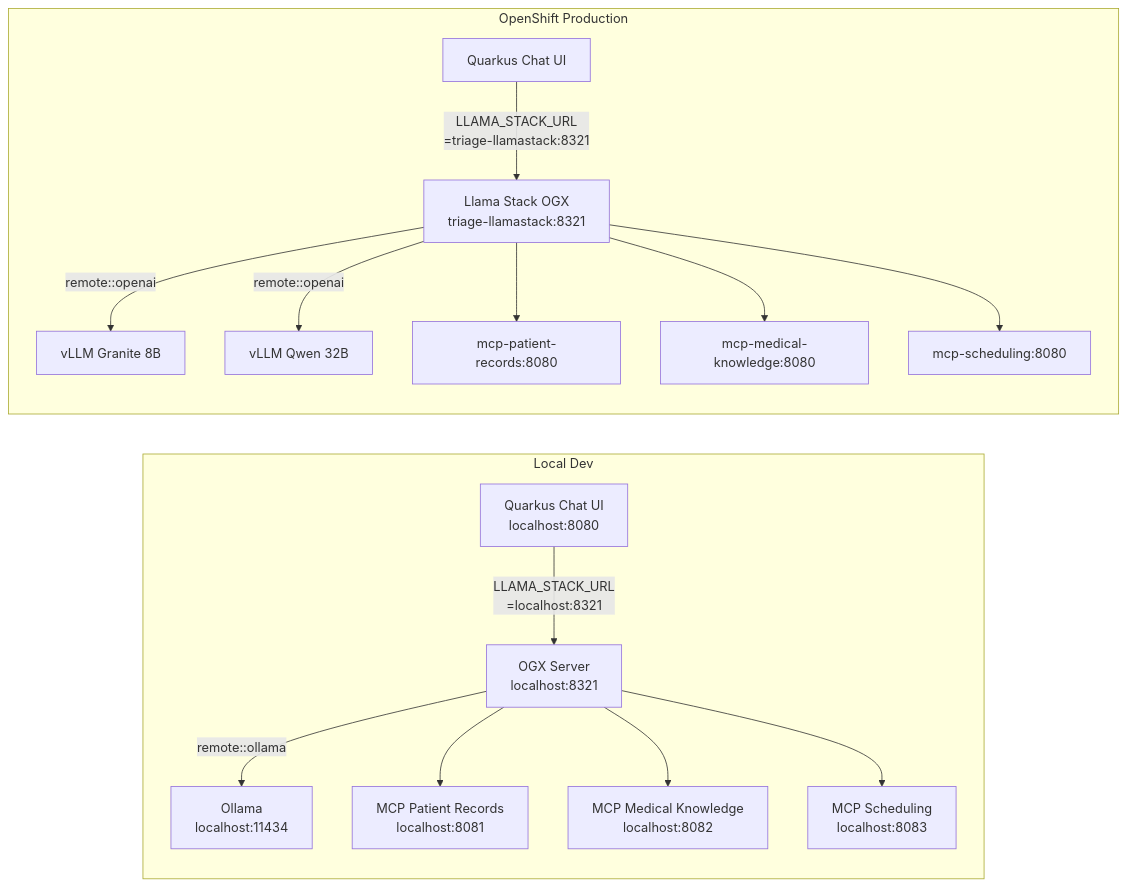
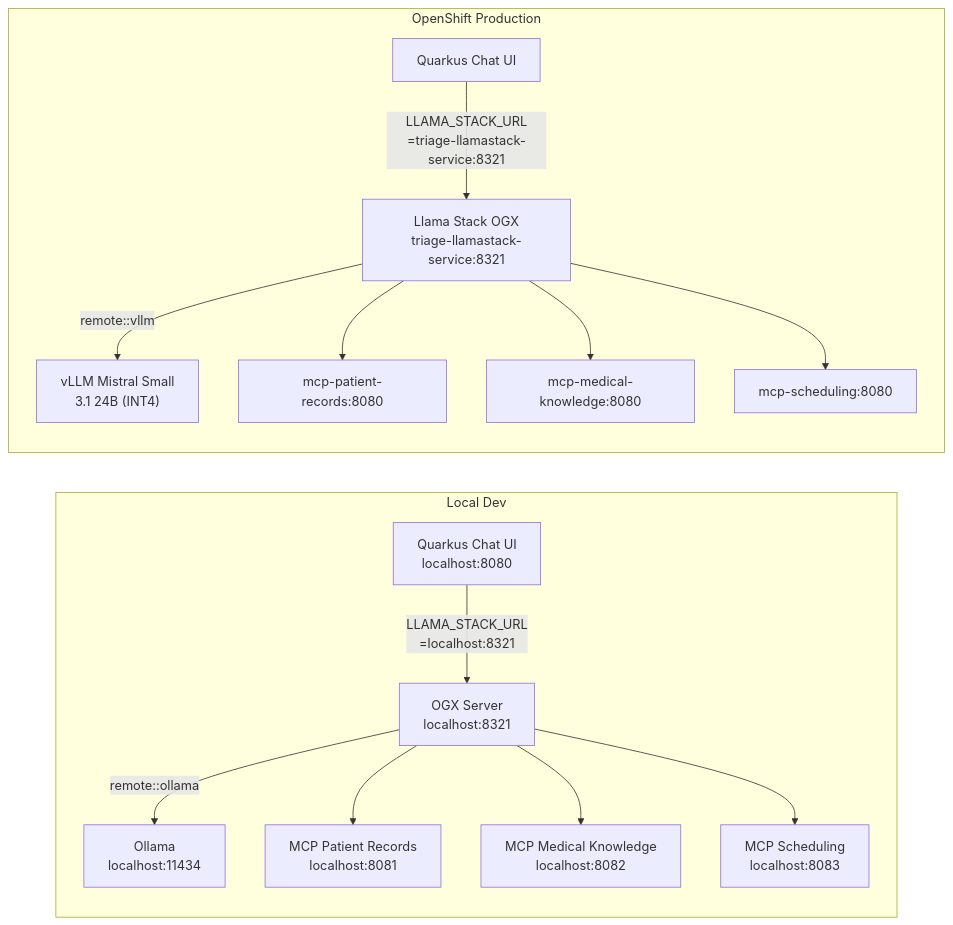
Before and after one commit to nikolaus-lemberski/openshift-agentic-ai: the diagram in docs/local-dev-environment.md, drawn with Mermaid. The commit also changed other lines of this file and 10 other files, not shown here.

````diff
--- a/docs/local-dev-environment.md
+++ b/docs/local-dev-environment.md
@@ -14,34 +14,32 @@
 ```mermaid
 graph LR
     subgraph localDev [Local Dev]
         OllamaLocal["Ollama\nlocalhost:11434"]
         OGXLocal["OGX Server\nlocalhost:8321"]
         MCP1L["MCP Patient Records\nlocalhost:8081"]
         MCP2L["MCP Medical Knowledge\nlocalhost:8082"]
         MCP3L["MCP Scheduling\nlocalhost:8083"]
         AppL["Quarkus Chat UI\nlocalhost:8080"]
 
         AppL -->|"LLAMA_STACK_URL\n=localhost:8321"| OGXLocal
         OGXLocal -->|"remote::ollama"| OllamaLocal
         OGXLocal --> MCP1L
         OGXLocal --> MCP2L
         OGXLocal --> MCP3L
     end
 
     subgraph prod [OpenShift Production]
-        vLLM1["vLLM Granite 8B"]
-        vLLM2["vLLM Qwen 32B"]
-        OGXProd["Llama Stack OGX\ntriage-llamastack:8321"]
+        vLLM1["vLLM Mistral Small\n3.1 24B (INT4)"]
+        OGXProd["Llama Stack OGX\ntriage-llamastack-service:8321"]
         MCP1P["mcp-patient-records:8080"]
         MCP2P["mcp-medical-knowledge:8080"]
         MCP3P["mcp-scheduling:8080"]
         AppP["Quarkus Chat UI"]
 
-        AppP -->|"LLAMA_STACK_URL\n=triage-llamastack:8321"| OGXProd
-        OGXProd -->|"remote::openai"| vLLM1
-        OGXProd -->|"remote::openai"| vLLM2
+        AppP -->|"LLAMA_STACK_URL\n=triage-llamastack-service:8321"| OGXProd
+        OGXProd -->|"remote::vllm"| vLLM1
         OGXProd --> MCP1P
         OGXProd --> MCP2P
         OGXProd --> MCP3P
     end
 ```
````
